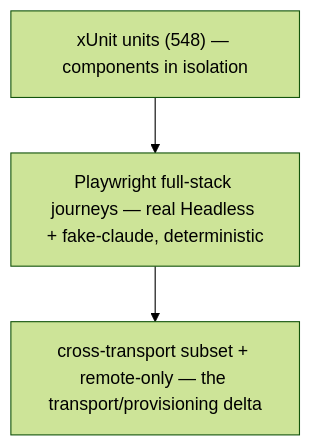
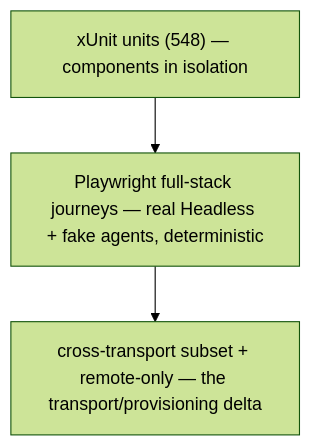
One commit to Kapps/weavie changed the second of 2 diagrams in docs/specs/integration-testing-strategy.md. Above: the diagram before and after it, drawn with Mermaid (forest theme). The commit also changed other lines of this file and 12 other files, not shown here.

````diff
--- a/docs/specs/integration-testing-strategy.md
+++ b/docs/specs/integration-testing-strategy.md
@@ -98,7 +103,7 @@
 ```mermaid
 flowchart TB
   U["xUnit units (548) — components in isolation"]
-  F["Playwright full-stack journeys — real Headless + fake-claude, deterministic"]
+  F["Playwright full-stack journeys — real Headless + fake agents, deterministic"]
   X["cross-transport subset + remote-only — the transport/provisioning delta"]
   U --> F --> X
 ```
````
